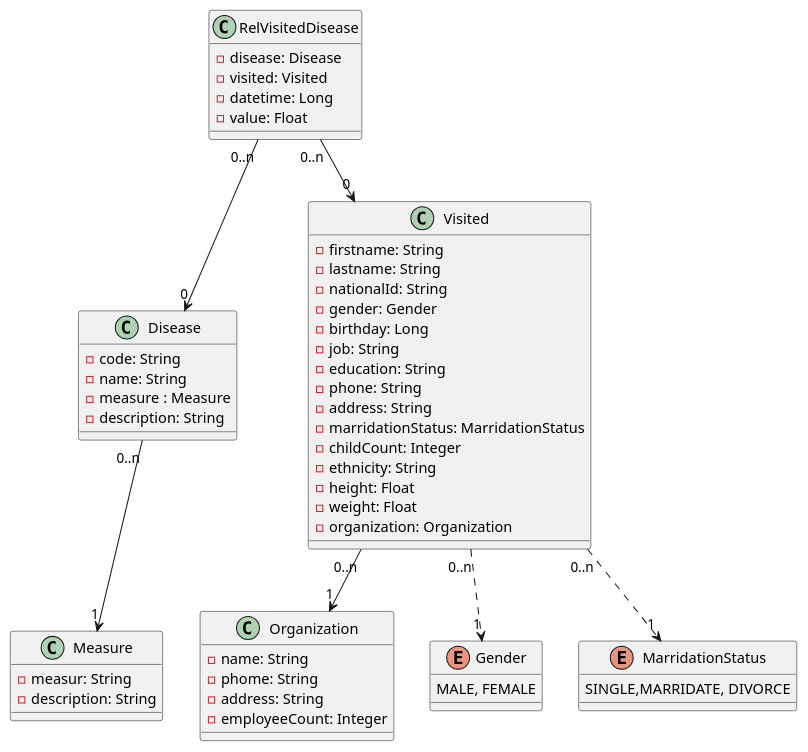
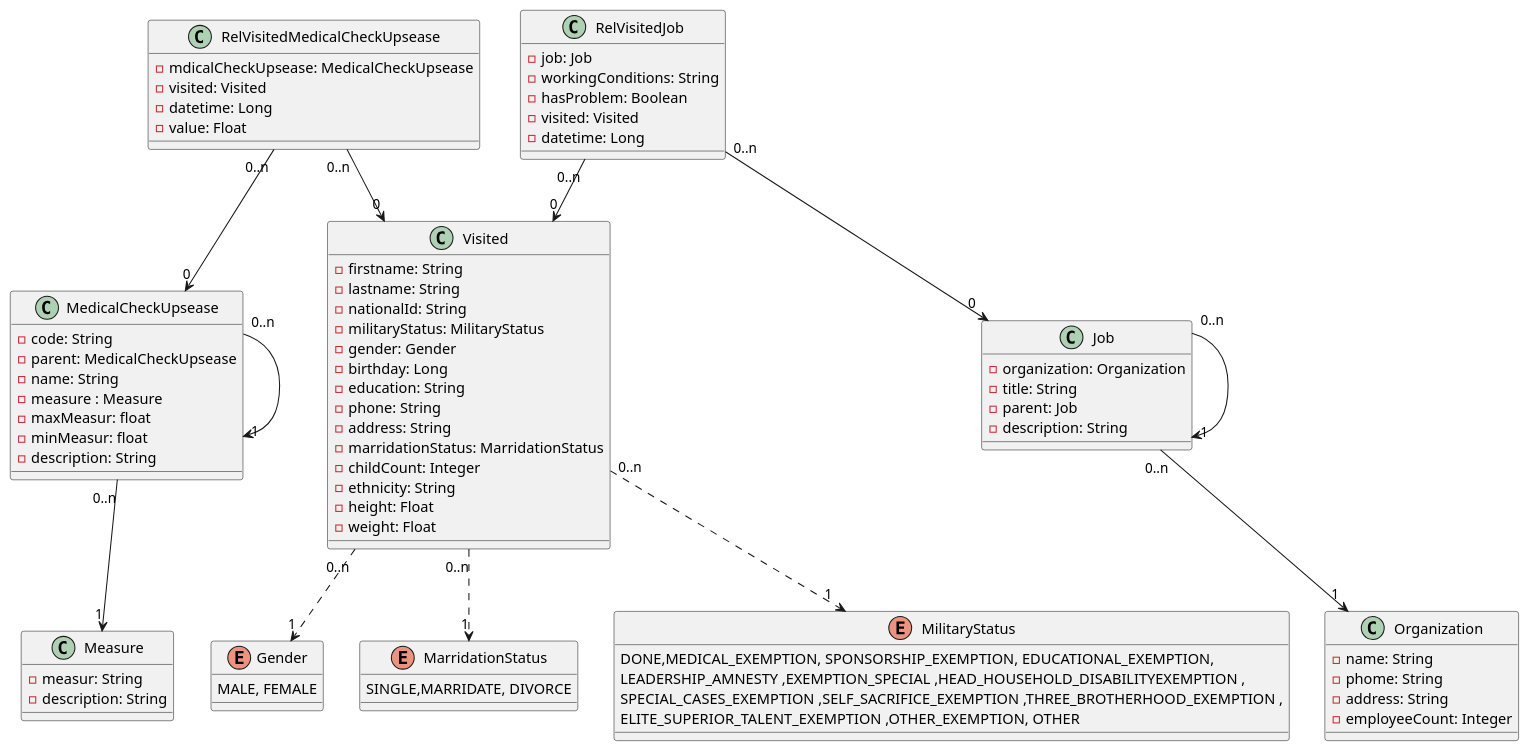
The diagram in src/main/documents/classDiagram.puml (safakaveh/parmida-occupational-health), drawn with PlantUML before and after one commit.

Commit message:
Class Diagram Add

```diff
--- a/src/main/documents/classDiagram.puml
+++ b/src/main/documents/classDiagram.puml
@@ -1,62 +1,90 @@
 @startuml
-
-class Organization{
-    -name: String
-    -phome: String
-    -address: String
-    -employeeCount: Integer
-}
-
-
-class Measure {
-    -measur: String 
-    -description: String
-}
-
-class Disease {
-    - code: String 
-    - name: String
-    - measure : Measure
-    - description: String
-}
-
 enum Gender{
     MALE, FEMALE
 }
 
 enum MarridationStatus{
     SINGLE,MARRIDATE, DIVORCE
 }
 
-class Visited{
-    -firstname: String
-    -lastname: String
-    -nationalId: String
-    -gender: Gender
-    -birthday: Long
-    -job: String
-    -education: String
-    -phone: String
-    -address: String
-    -marridationStatus: MarridationStatus
-    -childCount: Integer
-    -ethnicity: String
-    -height: Float
-    -weight: Float
-    -organization: Organization
+enum MilitaryStatus{
+    DONE,MEDICAL_EXEMPTION, SPONSORSHIP_EXEMPTION, EDUCATIONAL_EXEMPTION,
+    LEADERSHIP_AMNESTY ,EXEMPTION_SPECIAL ,HEAD_HOUSEHOLD_DISABILITYEXEMPTION ,
+    SPECIAL_CASES_EXEMPTION ,SELF_SACRIFICE_EXEMPTION ,THREE_BROTHERHOOD_EXEMPTION ,
+    ELITE_SUPERIOR_TALENT_EXEMPTION ,OTHER_EXEMPTION, OTHER
 }
 
-class RelVisitedDisease{
-    -disease: Disease
-    -visited: Visited
-    -datetime: Long
-    -value: Float
+class Organization{
+    - name: String
+    - phome: String
+    - address: String
+    - employeeCount: Integer
 }
 
-Disease "0..n"-->"1" Measure
+class Job{
+    - organization: Organization
+    - title: String
+    - parent: Job
+    - description: String
+}
+
+class Measure {
+    - measur: String 
+    - description: String
+}
+
+class MedicalCheckUpsease {
+    - code: String 
+    - parent: MedicalCheckUpsease
+    - name: String
+    - measure : Measure
+    - maxMeasur: float
+    - minMeasur: float
+    - description: String
+}
+
+
+class Visited{
+    - firstname: String
+    - lastname: String
+    - nationalId: String
+    - militaryStatus: MilitaryStatus
+    - gender: Gender
+    - birthday: Long
+    - education: String
+    - phone: String
+    - address: String
+    - marridationStatus: MarridationStatus
+    - childCount: Integer
+    - ethnicity: String
+    - height: Float
+    - weight: Float
+}
+
+class RelVisitedMedicalCheckUpsease{
+    - mdicalCheckUpsease: MedicalCheckUpsease
+    - visited: Visited
+    - datetime: Long
+    - value: Float
+}
+
+class RelVisitedJob{
+    - job: Job
+    - workingConditions: String
+    - hasProblem: Boolean
+    - visited: Visited
+    - datetime: Long
+}
+
+MedicalCheckUpsease "0..n"-->"1" Measure
+MedicalCheckUpsease "0..n"-->"1" MedicalCheckUpsease
+Job "0..n"-->"1" Job
+Visited "0..n".->"1" MilitaryStatus
 Visited "0..n".->"1" Gender
 Visited "0..n".->"1" MarridationStatus
-Visited "0..n"-->"1" Organization
-RelVisitedDisease "0..n"-->"0" Visited
-RelVisitedDisease "0..n"-->"0" Disease
+Job "0..n"-->"1" Organization
+RelVisitedMedicalCheckUpsease "0..n"-->"0" Visited
+RelVisitedMedicalCheckUpsease "0..n"-->"0" MedicalCheckUpsease
+RelVisitedJob "0..n"-->"0" Visited
+RelVisitedJob "0..n"-->"0" Job
 @enduml
```
